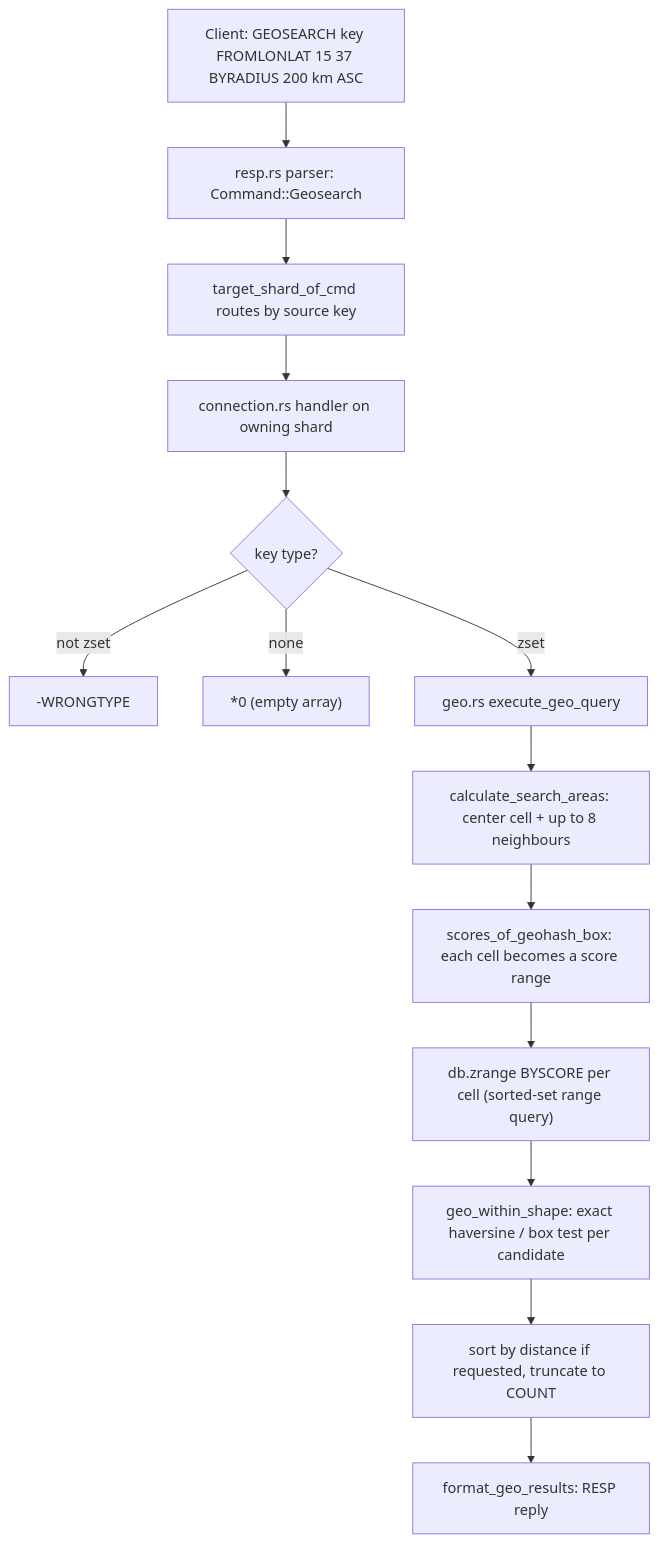
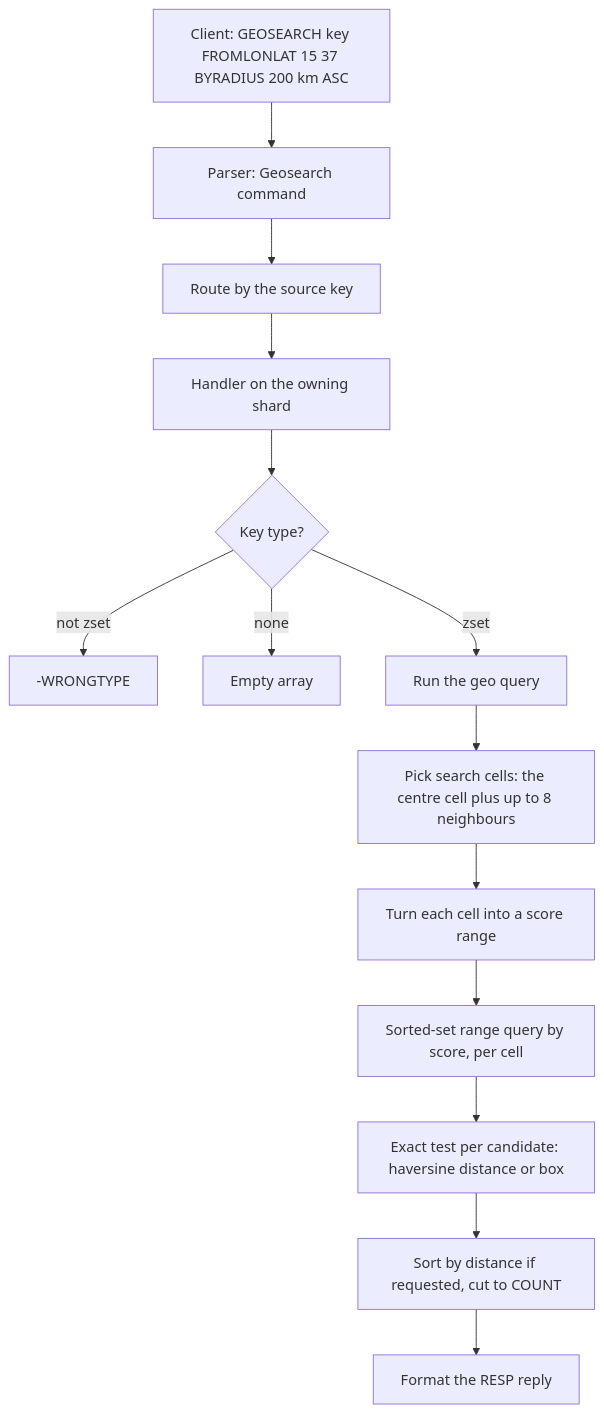
One commit to warrenzhu25/rudis changed the diagram in docs/internal/17_geospatial.md. Above: the diagram before and after it, drawn with Mermaid. The commit also changed other lines of this file, not shown here.

````diff
--- a/docs/internal/17_geospatial.md
+++ b/docs/internal/17_geospatial.md
@@ -43,16 +42,16 @@
 ```mermaid
 flowchart TD
-    C["Client: GEOSEARCH key FROMLONLAT 15 37 BYRADIUS 200 km ASC"] --> P["resp.rs parser: Command::Geosearch"]
-    P --> R["target_shard_of_cmd routes by source key"]
-    R --> H["connection.rs handler on owning shard"]
-    H --> T{"key type?"}
+    C["Client: GEOSEARCH key FROMLONLAT 15 37 BYRADIUS 200 km ASC"] --> P["Parser: Geosearch command"]
+    P --> R["Route by the source key"]
+    R --> H["Handler on the owning shard"]
+    H --> T{"Key type?"}
     T -- "not zset" --> WT["-WRONGTYPE"]
-    T -- "none" --> EMPTY["*0 (empty array)"]
-    T -- "zset" --> Q["geo.rs execute_geo_query"]
-    Q --> A["calculate_search_areas: center cell + up to 8 neighbours"]
-    A --> S["scores_of_geohash_box: each cell becomes a score range"]
-    S --> Z["db.zrange BYSCORE per cell (sorted-set range query)"]
-    Z --> F["geo_within_shape: exact haversine / box test per candidate"]
-    F --> O["sort by distance if requested, truncate to COUNT"]
-    O --> FMT["format_geo_results: RESP reply"]
+    T -- "none" --> EMPTY["Empty array"]
+    T -- "zset" --> Q["Run the geo query"]
+    Q --> A["Pick search cells: the centre cell plus up to 8 neighbours"]
+    A --> S["Turn each cell into a score range"]
+    S --> Z["Sorted-set range query by score, per cell"]
+    Z --> F["Exact test per candidate: haversine distance or box"]
+    F --> O["Sort by distance if requested, cut to COUNT"]
+    O --> FMT["Format the RESP reply"]
 ```
````
